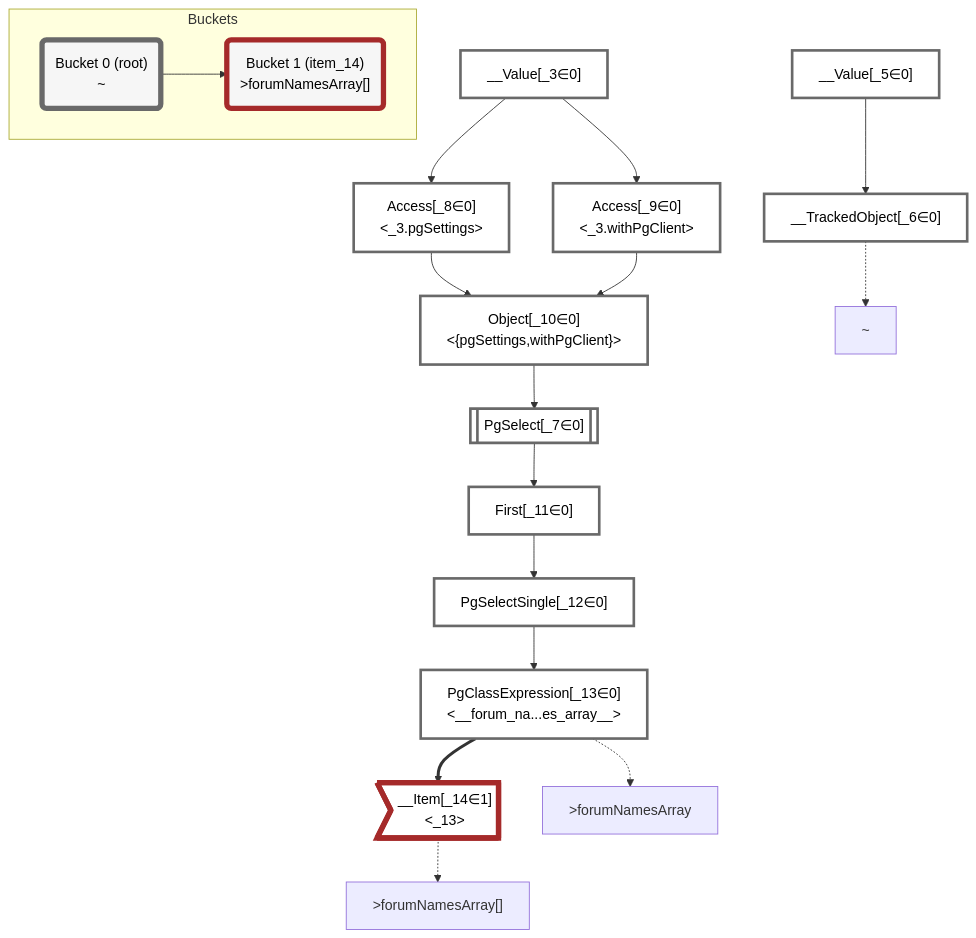
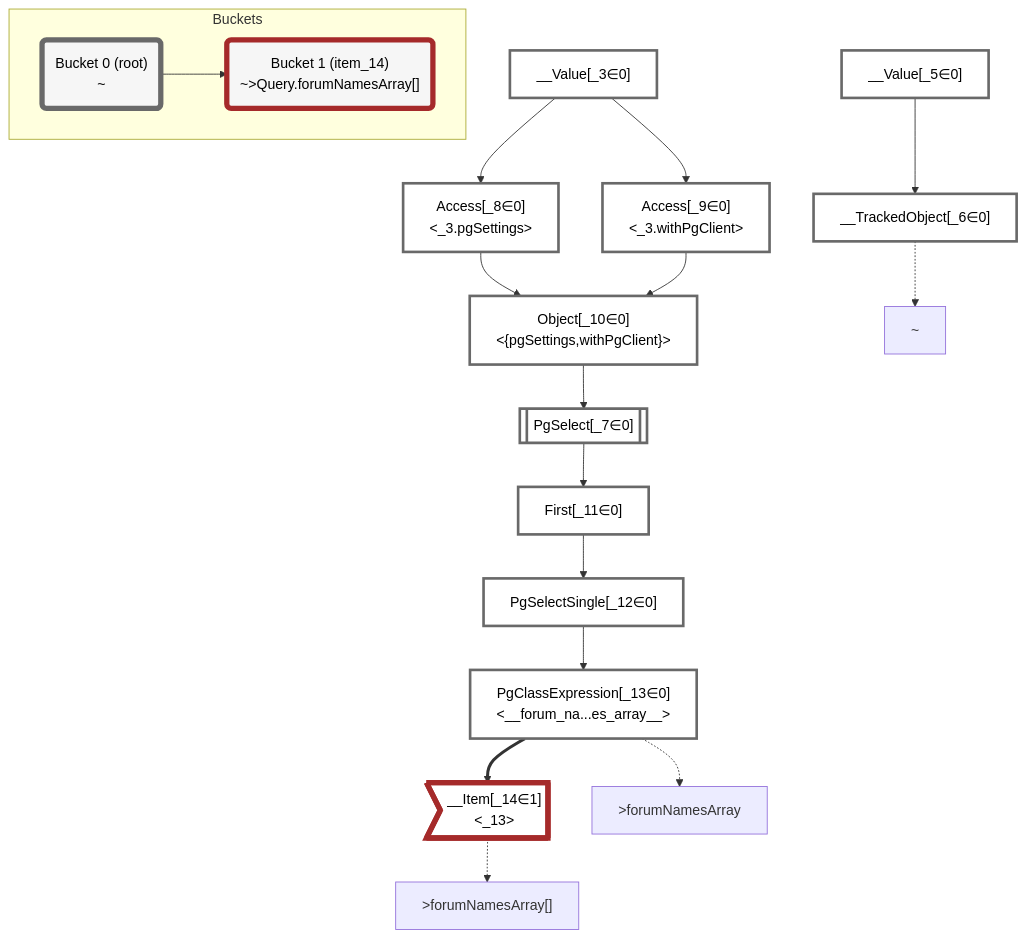
One commit to graphile/crystal changed the diagram in packages/dataplan-pg/__tests__/queries/functions/custom-query-forum-names-array.deopt.mermaid.md. Above: the diagram before and after it, drawn with Mermaid. The commit also changed 141 other files, not shown here.

````diff
--- a/packages/dataplan-pg/__tests__/queries/functions/custom-query-forum-names-array.deopt.mermaid.md
+++ b/packages/dataplan-pg/__tests__/queries/functions/custom-query-forum-names-array.deopt.mermaid.md
@@ -1,56 +1,56 @@
 ```mermaid
 graph TD
     classDef path fill:#eee,stroke:#000,color:#000
     classDef plan fill:#fff,stroke-width:3px,color:#000
     classDef itemplan fill:#fff,stroke-width:6px,color:#000
     classDef sideeffectplan fill:#f00,stroke-width:6px,color:#000
     classDef bucket fill:#f6f6f6,color:#000,stroke-width:6px
 
 
     %% define plans
     __Value_3["__Value[_3∈0]<br /><context>"]:::plan
     __Value_5["__Value[_5∈0]<br /><rootValue>"]:::plan
     __TrackedObject_6["__TrackedObject[_6∈0]"]:::plan
     PgSelect_7[["PgSelect[_7∈0]<br /><forum_names_array>"]]:::plan
     Access_8["Access[_8∈0]<br /><_3.pgSettings>"]:::plan
     Access_9["Access[_9∈0]<br /><_3.withPgClient>"]:::plan
     Object_10["Object[_10∈0]<br /><{pgSettings,withPgClient}>"]:::plan
     First_11["First[_11∈0]"]:::plan
     PgSelectSingle_12["PgSelectSingle[_12∈0]<br /><forum_names_array>"]:::plan
     PgClassExpression_13["PgClassExpression[_13∈0]<br /><__forum_na...es_array__>"]:::plan
     __Item_14>"__Item[_14∈1]<br /><_13>"]:::itemplan
 
     %% plan dependencies
     __Value_5 --> __TrackedObject_6
     Object_10 --> PgSelect_7
     __Value_3 --> Access_8
     __Value_3 --> Access_9
     Access_8 --> Object_10
     Access_9 --> Object_10
     PgSelect_7 --> First_11
     First_11 --> PgSelectSingle_12
     PgSelectSingle_12 --> PgClassExpression_13
     PgClassExpression_13 ==> __Item_14
 
     %% plan-to-path relationships
     P1["~"]
     __TrackedObject_6 -.-> P1
     P2[">forumNamesArray"]
     PgClassExpression_13 -.-> P2
     P3[">forumNamesArray[]"]
     __Item_14 -.-> P3
 
     %% allocate buckets
     classDef bucket0 stroke:#696969
     class __Value_3,__Value_5,__TrackedObject_6,PgSelect_7,Access_8,Access_9,Object_10,First_11,PgSelectSingle_12,PgClassExpression_13 bucket0
     classDef bucket1 stroke:#a52a2a
     class __Item_14 bucket1
 
     subgraph Buckets
     Bucket0("Bucket 0 (root)<br />~"):::bucket
     style Bucket0 stroke:#696969
-    Bucket1("Bucket 1 (item_14)<br />>forumNamesArray[]"):::bucket
+    Bucket1("Bucket 1 (item_14)<br />~>Query.forumNamesArray[]"):::bucket
     style Bucket1 stroke:#a52a2a
     Bucket0 --> Bucket1
     end
 ```
````
